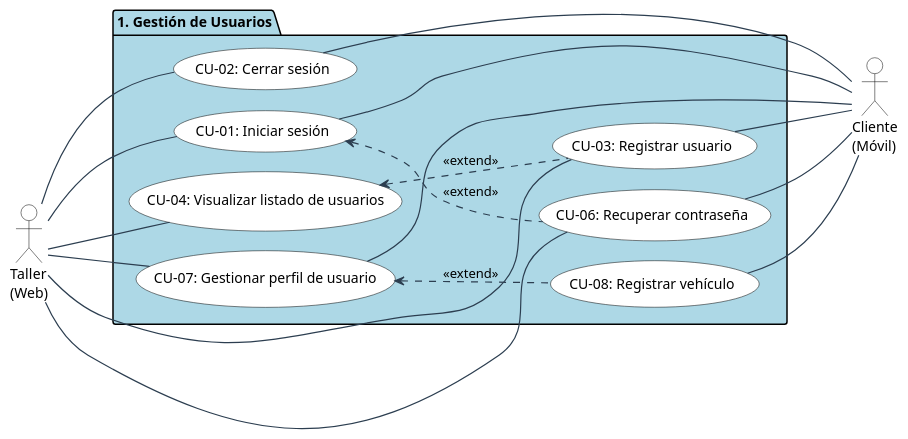
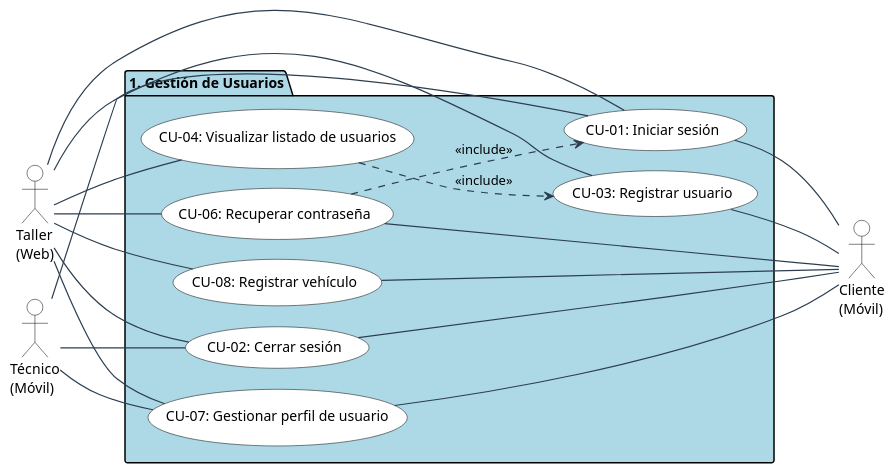
Before and after one commit to iAngie28/emergencia.vehicular: the diagram in uml/arquitectura_sistema/Encap_paq_1.puml, drawn with PlantUML. The commit also changed 147 other files, not shown here.

```diff
--- a/uml/arquitectura_sistema/Encap_paq_1.puml
+++ b/uml/arquitectura_sistema/Encap_paq_1.puml
@@ -1,57 +1,63 @@
 @startuml
 left to right direction
 
 ' Configuración estricta UML 2.5
 skinparam shadowing false
 skinparam packageStyle strictuml
 skinparam nodesep 20
 skinparam ranksep 80
 
 skinparam usecase {
   BackgroundColor White
   BorderColor Black
 }
 skinparam actor {
   BackgroundColor White
   BorderColor Black
 }
 skinparam arrow {
   Color #2c3e50
   Thickness 1.2
 }
 
 actor "Taller\n(Web)" as Taller
 actor "Cliente\n(Móvil)" as Cliente
+actor "Técnico\n(Móvil)" as Tecnico
 
 package "1. Gestión de Usuarios" #LightBlue {
     usecase "CU-01: Iniciar sesión" as CU1
     usecase "CU-02: Cerrar sesión" as CU2
     usecase "CU-03: Registrar usuario" as CU3
     usecase "CU-04: Visualizar listado de usuarios" as CU4
     usecase "CU-06: Recuperar contraseña" as CU6
     usecase "CU-07: Gestionar perfil de usuario" as CU7
     usecase "CU-08: Registrar vehículo" as CU8
 
     ' Relaciones de dependencia UML 2.5 correctas
-    CU1 <.. CU6 : <<extend>>
-    CU7 <.. CU8 : <<extend>>
-    CU4 <.. CU3 : <<extend>>
+    CU6 ..> CU1 : <<include>>
+    CU4 ..> CU3 : <<include>>
 }
 
 ' Relaciones del Taller
 Taller -- CU1
 Taller -- CU2
 Taller -- CU3
 Taller -- CU4
 Taller -- CU6
 Taller -- CU7
+Taller -- CU8
+
+' Relaciones del Técnico
+Tecnico -- CU1
+Tecnico -- CU2
+Tecnico -- CU7
 
 ' Relaciones del Cliente
 CU1 -- Cliente
 CU2 -- Cliente
 CU3 -- Cliente
 CU6 -- Cliente
 CU7 -- Cliente
 CU8 -- Cliente
 
 @enduml
```
